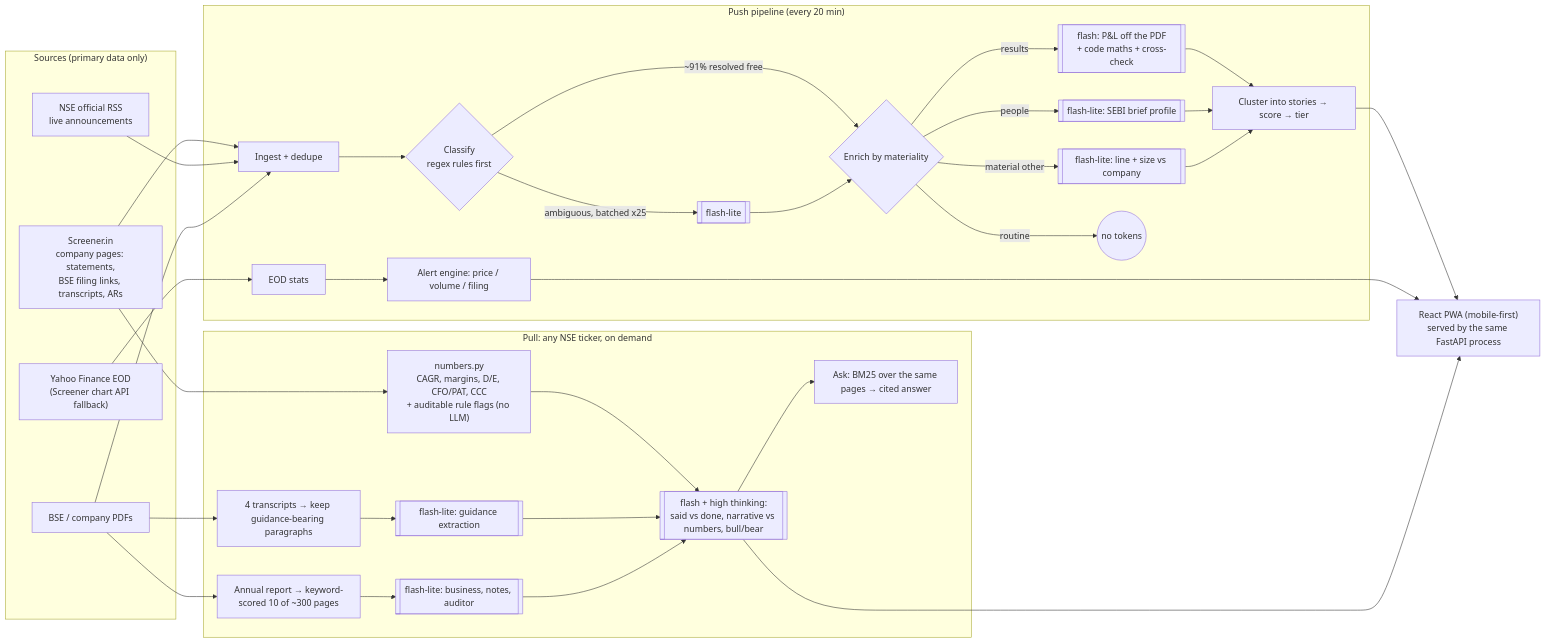
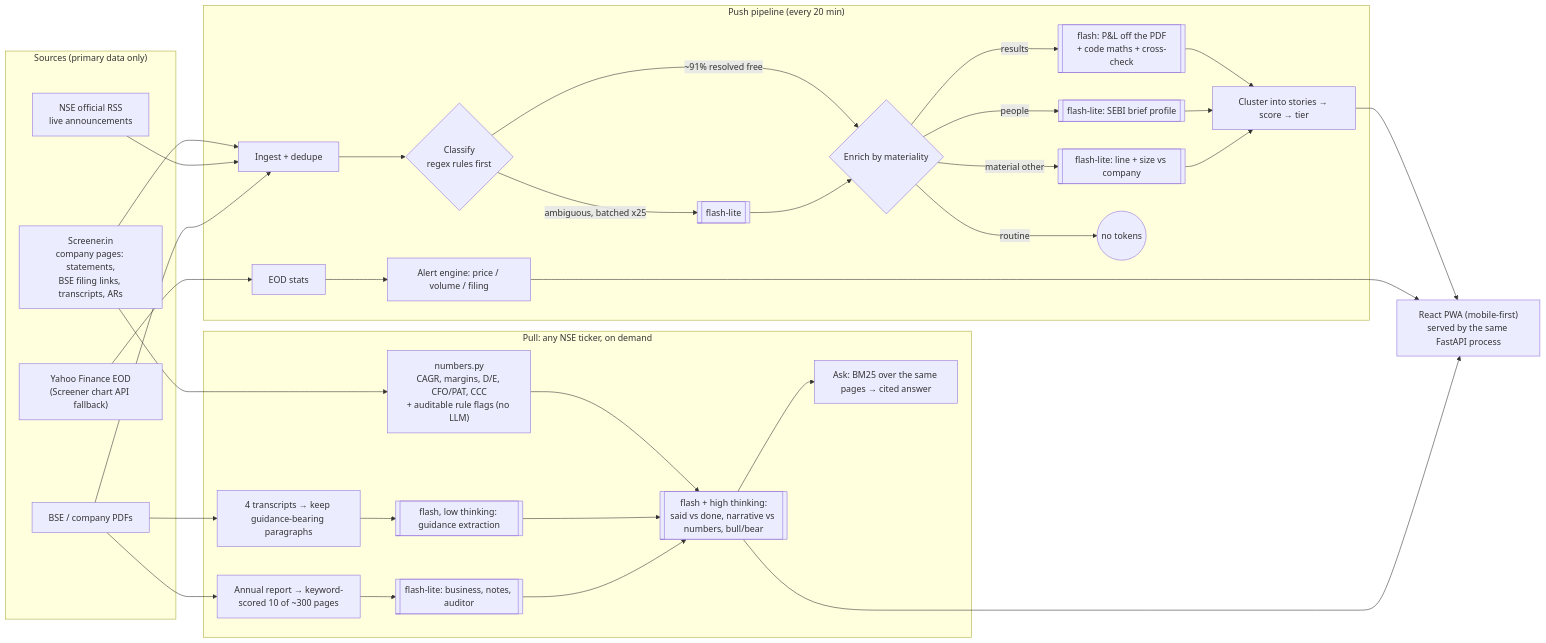
One commit to 0123Saksham/finn changed the diagram in README.md. Above: the diagram before and after it, drawn with Mermaid. The commit also changed other lines of this file and 54 other files, not shown here.

````diff
--- a/README.md
+++ b/README.md
@@ -36,33 +36,33 @@
 ```mermaid
 flowchart LR
   subgraph Sources["Sources (primary data only)"]
     S1["Screener.in<br/>company pages: statements,<br/>BSE filing links, transcripts, ARs"]
     S2["NSE official RSS<br/>live announcements"]
     S3["Yahoo Finance EOD<br/>(Screener chart API fallback)"]
     S4["BSE / company PDFs"]
   end
   subgraph Push["Push pipeline (every 20 min)"]
     I[Ingest + dedupe] --> C{"Classify<br/>regex rules first"}
     C -- "~91% resolved free" --> E
     C -- "ambiguous, batched x25" --> L1[[flash-lite]]
     L1 --> E{"Enrich by materiality"}
     E -- results --> F1[["flash: P&L off the PDF<br/>+ code maths + cross-check"]]
     E -- people --> L2[["flash-lite: SEBI brief profile"]]
     E -- "material other" --> L3[["flash-lite: line + size vs company"]]
     E -- routine --> X((no tokens))
     F1 & L2 & L3 --> K[Cluster into stories → score → tier]
     P[EOD stats] --> A[Alert engine: price / volume / filing]
   end
   subgraph Pull["Pull: any NSE ticker, on demand"]
     N["numbers.py<br/>CAGR, margins, D/E, CFO/PAT, CCC<br/>+ auditable rule flags (no LLM)"]
-    T["4 transcripts → keep guidance-bearing paragraphs"] --> L4[[flash-lite: guidance extraction]]
+    T["4 transcripts → keep guidance-bearing paragraphs"] --> L4[[flash, low thinking: guidance extraction]]
     R["Annual report → keyword-scored 10 of ~300 pages"] --> L5[[flash-lite: business, notes, auditor]]
     N & L4 & L5 --> J[["flash + high thinking:<br/>said vs done, narrative vs numbers, bull/bear"]]
     J --> Q["Ask: BM25 over the same pages → cited answer"]
   end
   S1 & S2 & S4 --> I
   S3 --> P
   S1 --> N
   S4 --> T & R
   K & A & J --> UI["React PWA (mobile-first)<br/>served by the same FastAPI process"]
 ```
````
